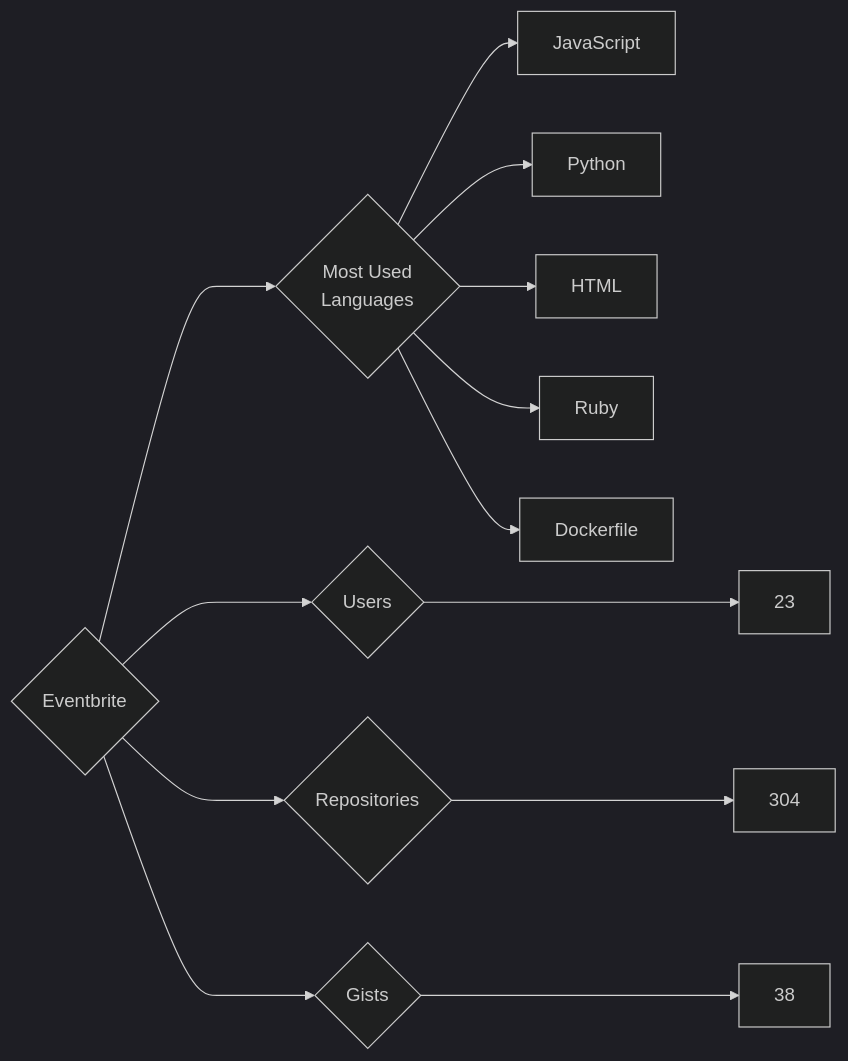
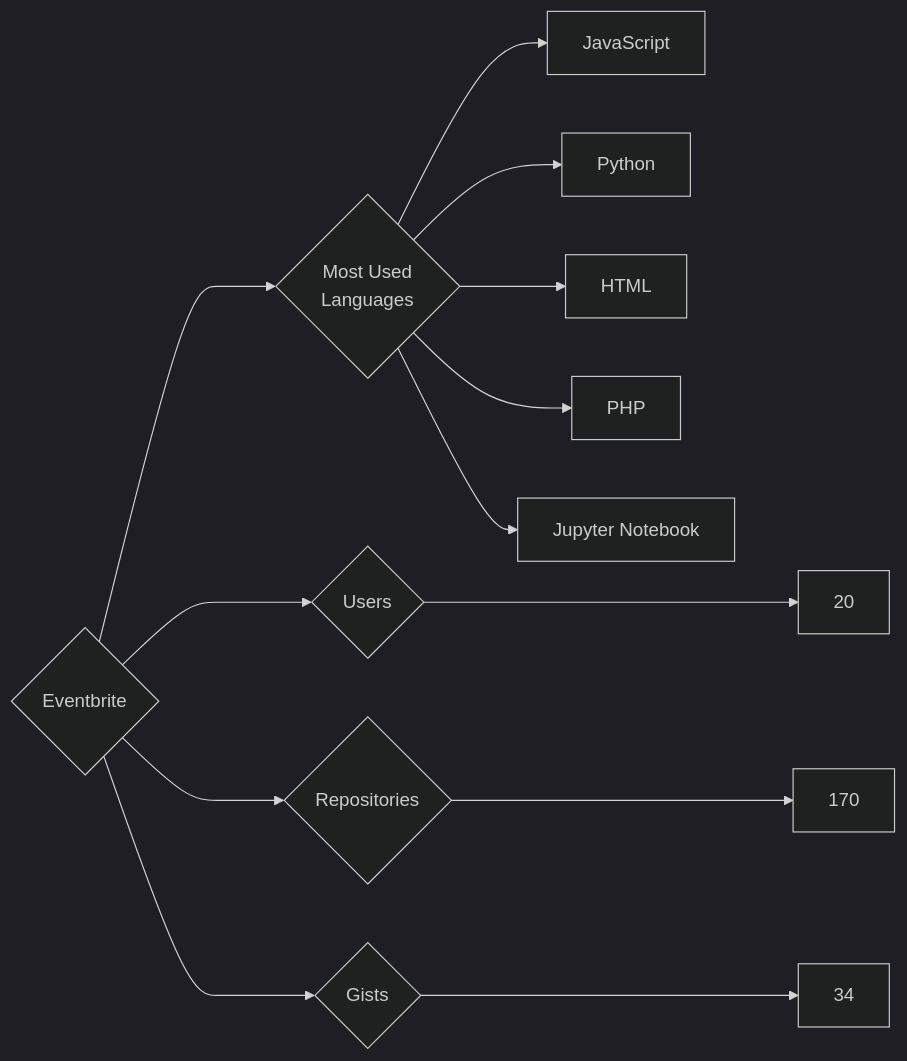
Before and after one commit to trickest/insiders: the diagram in targets/Eventbrite/README.md, drawn with Mermaid (dark theme). The commit also changed 681 other files, not shown here.

````diff
--- a/targets/Eventbrite/README.md
+++ b/targets/Eventbrite/README.md
@@ -3,13 +3,13 @@
 ```mermaid
 graph LR
 COMPANY_NAME{Eventbrite}
-COMPANY_NAME ---> U{Users} ---> UN[23]
-COMPANY_NAME ---> R{Repositories} ---> RN[304]
-COMPANY_NAME ---> G{Gists} ---> GN[38]
+COMPANY_NAME ---> U{Users} ---> UN[20]
+COMPANY_NAME ---> R{Repositories} ---> RN[170]
+COMPANY_NAME ---> G{Gists} ---> GN[34]
 COMPANY_NAME ---> ML{Most Used<br>Languages}
 ML --> JavaScript[JavaScript]
 ML --> Python[Python]
 ML --> HTML[HTML]
-ML --> Ruby[Ruby]
-ML --> Dockerfile[Dockerfile]
+ML --> PHP[PHP]
+ML --> Jupyter_Notebook[Jupyter Notebook]
 ```
````
